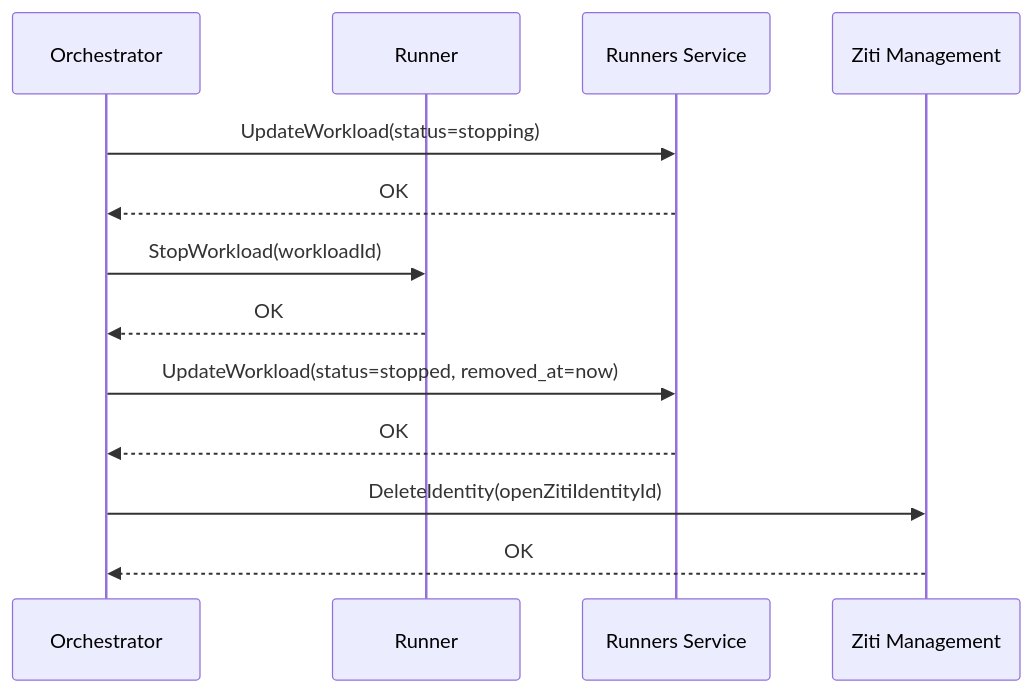
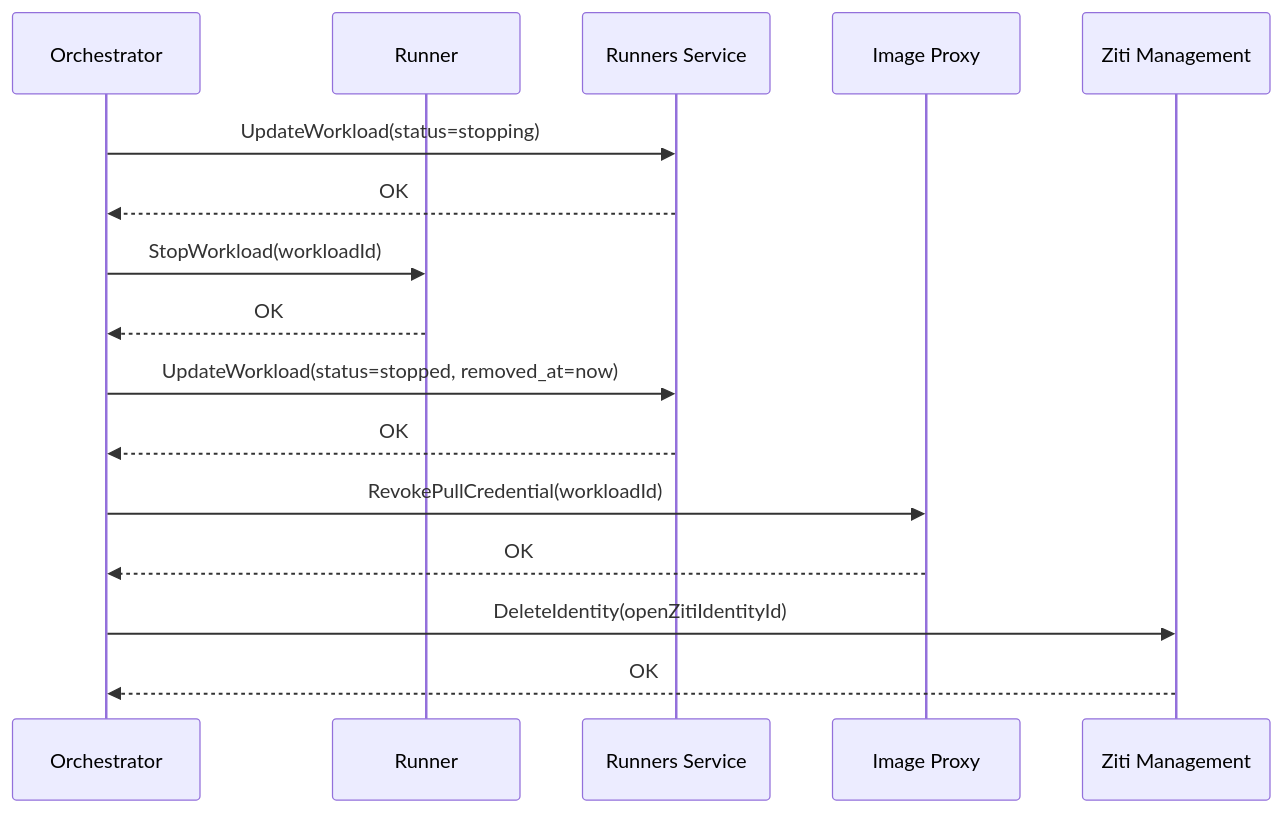
The fourth of 4 diagrams in architecture/agents-orchestrator.md (agynio/architecture), drawn with Mermaid before and after one commit. The commit also changed other lines of this file and 37 other files, not shown here.

Commit message:
Add image-catalog, image-pull-proxy, self-registration, runtime changes

````diff
--- a/architecture/agents-orchestrator.md
+++ b/architecture/agents-orchestrator.md
@@ -254,16 +258,19 @@
 ```mermaid
 sequenceDiagram
     participant O as Orchestrator
     participant R as Runner
     participant RS as Runners Service
+    participant IP as Image Proxy
     participant ZM as Ziti Management
 
     O->>RS: UpdateWorkload(status=stopping)
     RS-->>O: OK
     O->>R: StopWorkload(workloadId)
     R-->>O: OK
     O->>RS: UpdateWorkload(status=stopped, removed_at=now)
     RS-->>O: OK
+    O->>IP: RevokePullCredential(workloadId)
+    IP-->>O: OK
     O->>ZM: DeleteIdentity(openZitiIdentityId)
     ZM-->>O: OK
 ```
````
